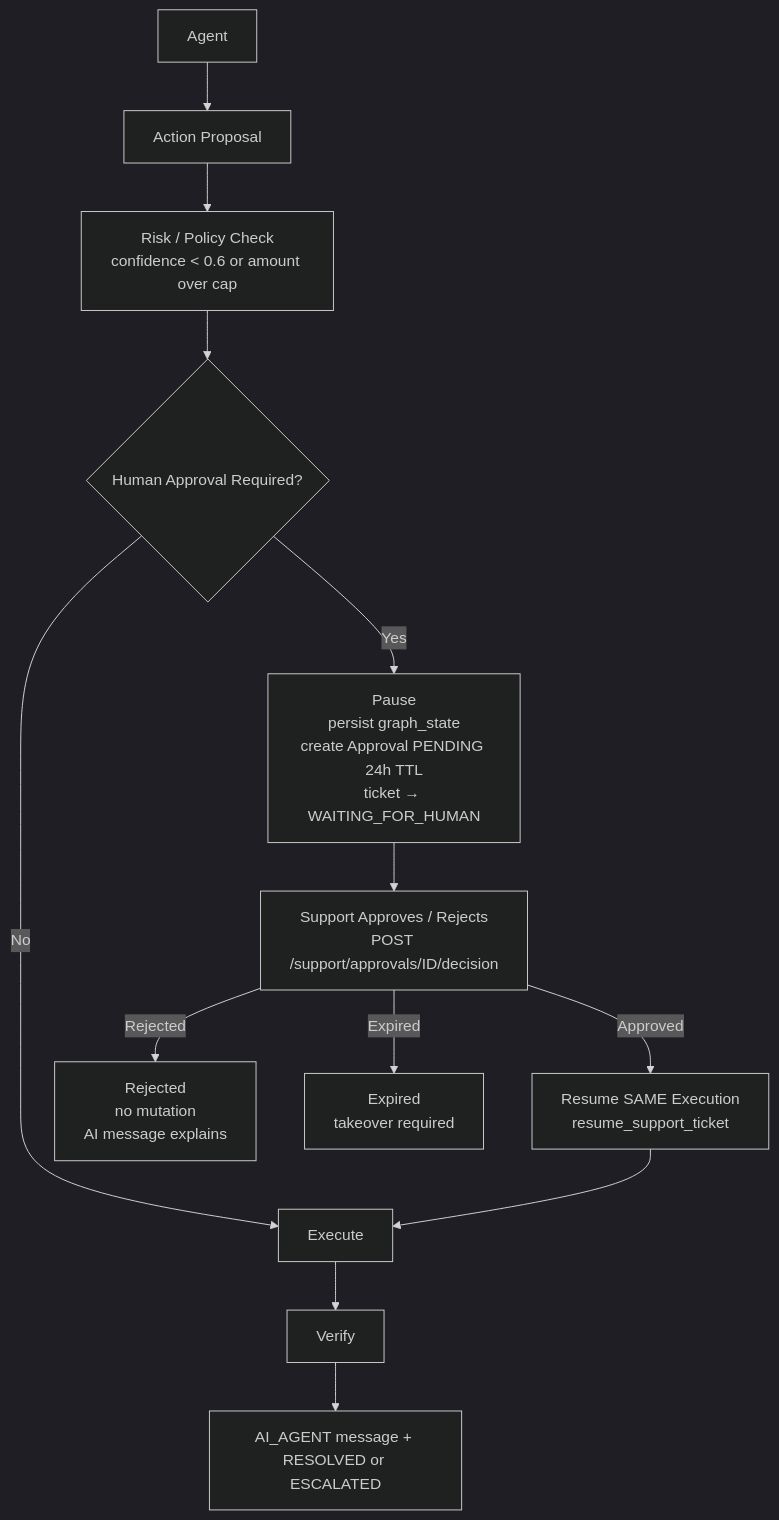
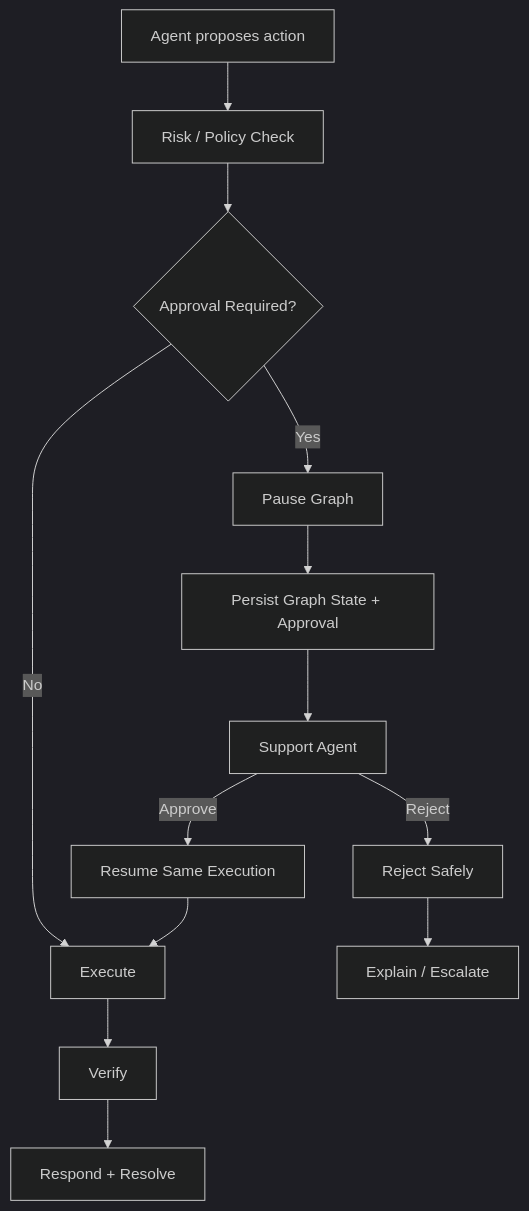
The third of 4 diagrams in README.md (bkk07/northstar-worker), drawn with Mermaid (dark theme) before and after one commit. The commit also changed other lines of this file and 1 other file, not shown here.

````diff
--- a/README.md
+++ b/README.md
@@ -140,15 +334,20 @@
 ```mermaid
 flowchart TD
-    AG[Agent] --> PROP[Action Proposal]
-    PROP --> RISK[Risk / Policy Check\nconfidence < 0.6 or amount over cap]
-    RISK --> H{Human Approval Required?}
-    H -->|No| EX[Execute]
-    H -->|Yes| PAUSE[Pause\npersist graph_state\ncreate Approval PENDING 24h TTL\nticket → WAITING_FOR_HUMAN]
-    PAUSE --> SUP[Support Approves / Rejects\nPOST /support/approvals/ID/decision]
-    SUP -->|Approved| RESUME[Resume SAME Execution\nresume_support_ticket]
-    SUP -->|Rejected| REJ[Rejected\nno mutation\nAI message explains]
-    SUP -->|Expired| EXP[Expired\ntakeover required]
-    RESUME --> EX
-    EX --> VER[Verify]
-    VER --> DONE[AI_AGENT message + RESOLVED or ESCALATED]
+    A[Agent proposes action] --> R[Risk / Policy Check]
+    R --> H{Approval Required?}
+
+    H -->|No| E[Execute]
+    H -->|Yes| P[Pause Graph]
+
+    P --> DB[Persist Graph State + Approval]
+    DB --> S[Support Agent]
+
+    S -->|Approve| RES[Resume Same Execution]
+    S -->|Reject| REJ[Reject Safely]
+
+    RES --> E
+    E --> V[Verify]
+    V --> DONE[Respond + Resolve]
+
+    REJ --> MSG[Explain / Escalate]
 ```
````
